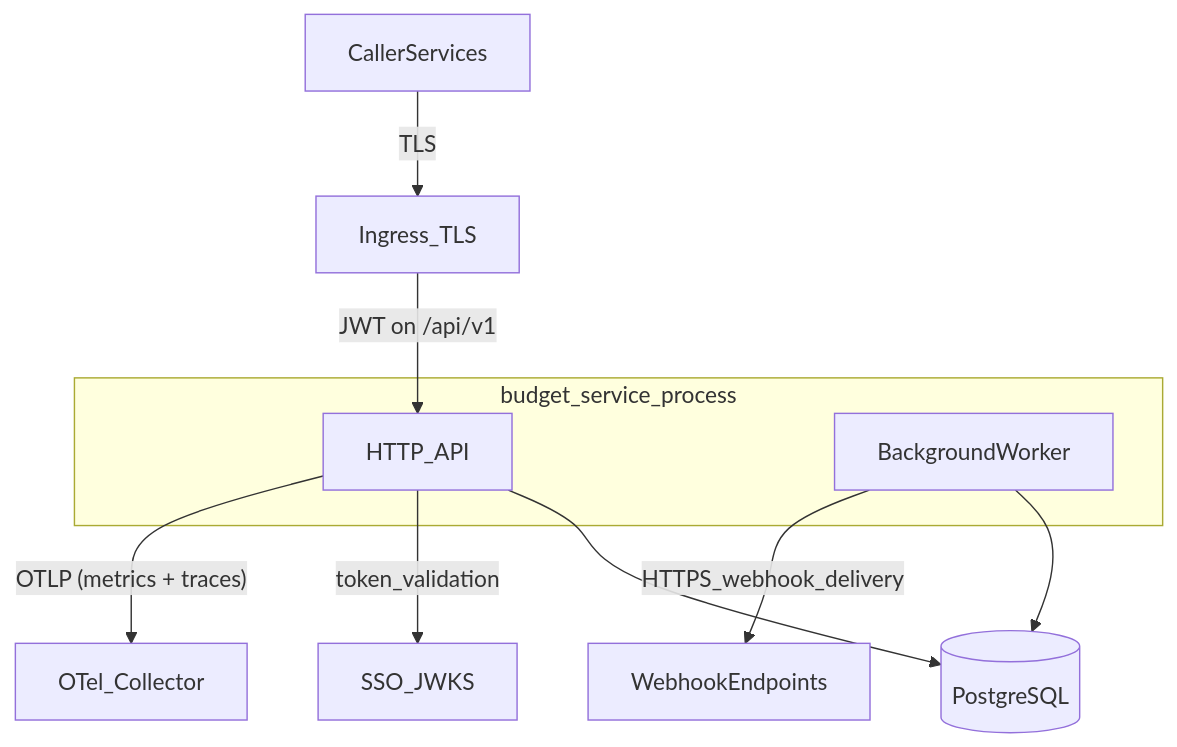
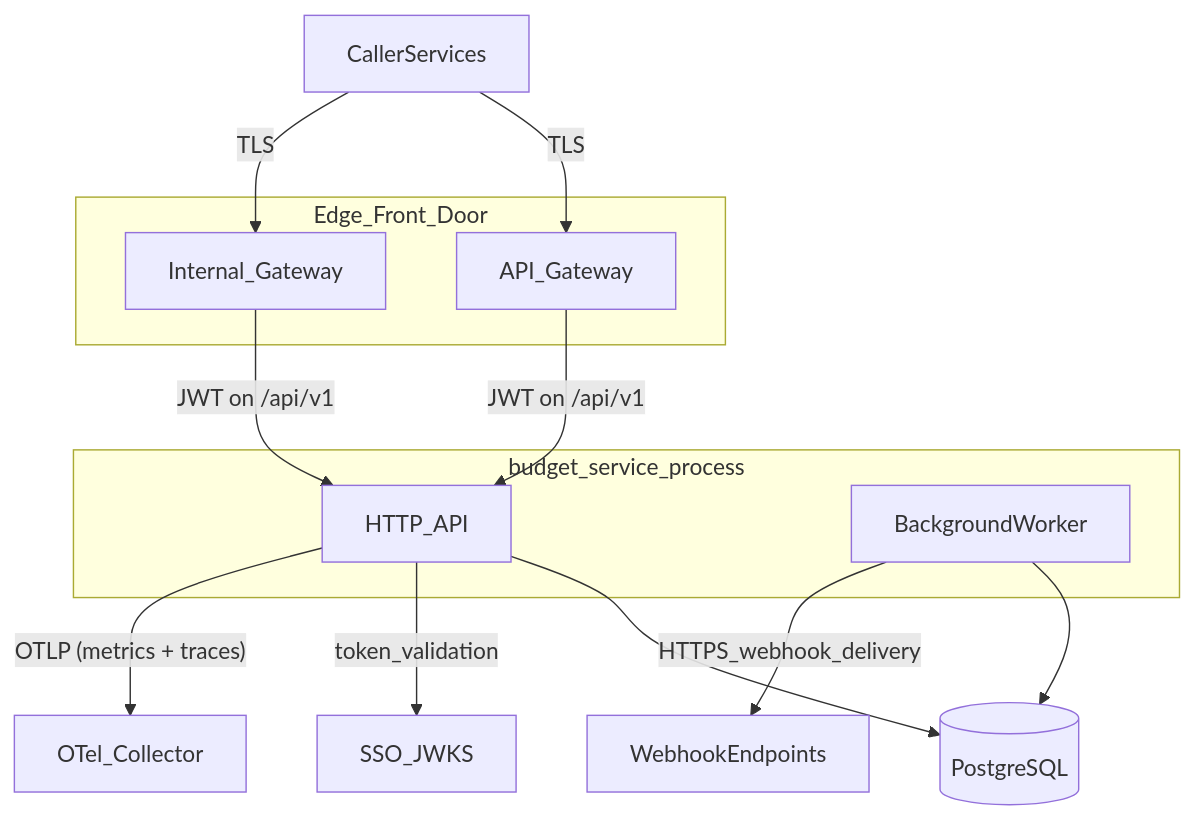
Before and after one commit to hsharif-godaddy/hackathon2026: the first of 4 diagrams in budget-service/docs/service-architecture.md, drawn with Mermaid. The commit also changed other lines of this file and 3 other files, not shown here.

````diff
--- a/budget-service/docs/service-architecture.md
+++ b/budget-service/docs/service-architecture.md
@@ -10,21 +10,26 @@
 ```mermaid
 flowchart TB
   clients[CallerServices]
-  edge[Ingress_TLS]
+  subgraph efd [Edge_Front_Door]
+    api_gw[API_Gateway]
+    internal_gw[Internal_Gateway]
+  end
   subgraph process [budget_service_process]
     api[HTTP_API]
     worker[BackgroundWorker]
   end
   db[(PostgreSQL)]
   sso[SSO_JWKS]
   wh[WebhookEndpoints]
   otel[OTel_Collector]
 
-  clients -->|TLS| edge
-  edge -->|"JWT on /api/v1"| api
+  clients -->|TLS| api_gw
+  clients -->|TLS| internal_gw
+  api_gw -->|"JWT on /api/v1"| api
+  internal_gw -->|"JWT on /api/v1"| api
   api --> db
   api -->|token_validation| sso
   api -->|"OTLP (metrics + traces)"| otel
   worker --> db
   worker -->|HTTPS_webhook_delivery| wh
 ```
````
